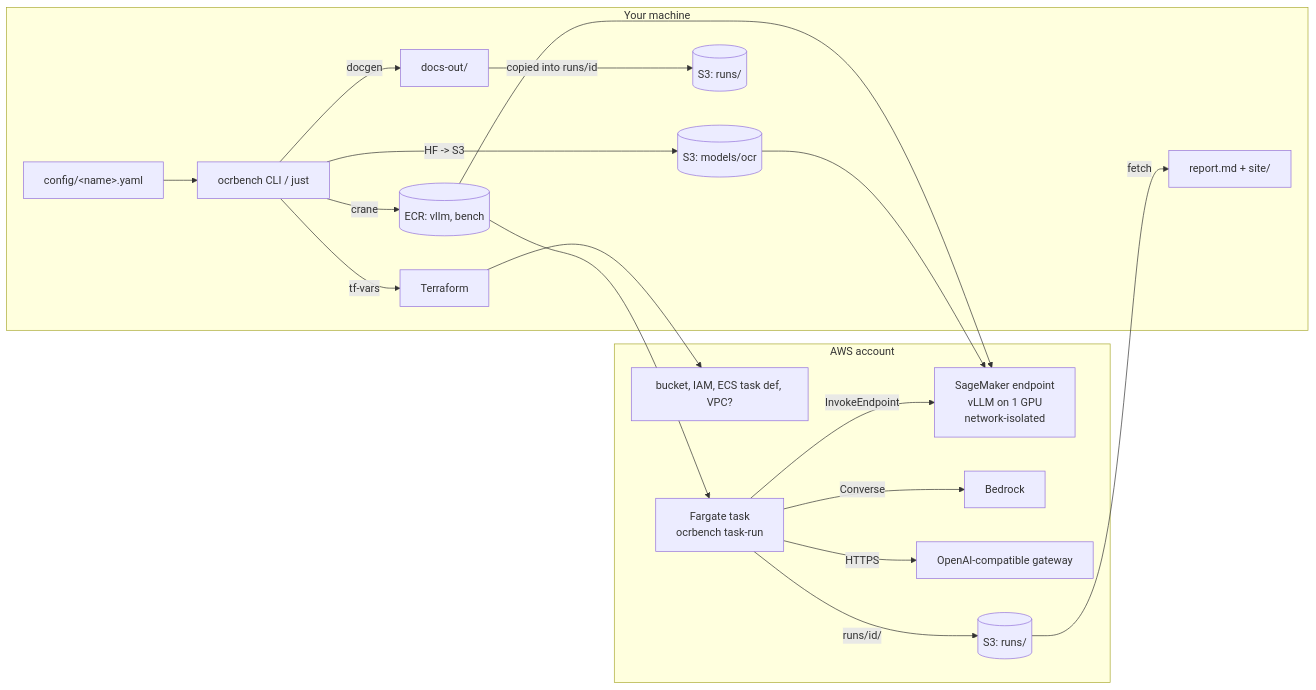
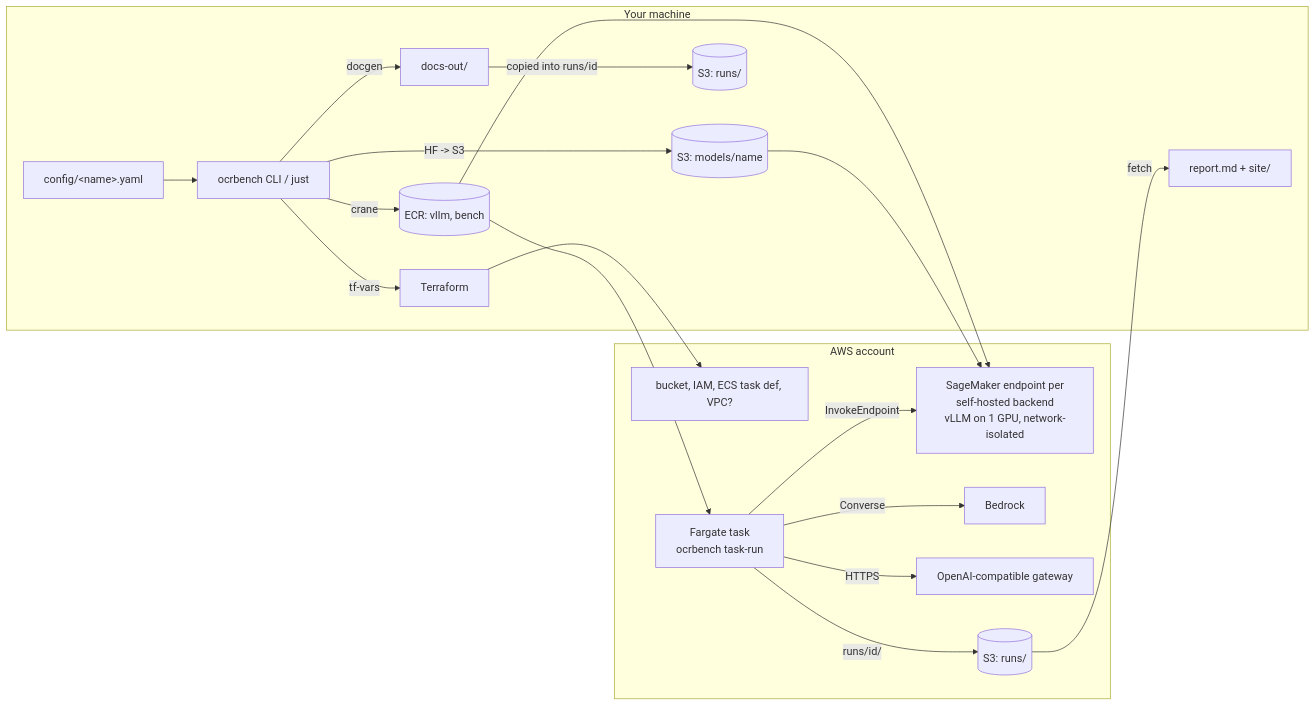
One commit to TheNomet/ocr-bench changed the diagram in docs/architecture.md. Above: the diagram before and after it, drawn with Mermaid. The commit also changed other lines of this file and 1091 other files, not shown here.

First line of the commit message:
refactor!: make self-hosted models ordinary backends

````diff
--- a/docs/architecture.md
+++ b/docs/architecture.md
@@ -3,25 +3,25 @@
 ```mermaid
 flowchart LR
   subgraph laptop[Your machine]
     CFG[config/&lt;name&gt;.yaml] --> CLI[ocrbench CLI / just]
     CLI -->|tf-vars| TF[Terraform]
     CLI -->|crane| IMG[(ECR: vllm, bench)]
-    CLI -->|HF -> S3| W[(S3: models/ocr)]
+    CLI -->|HF -> S3| W[(S3: models/name)]
     CLI -->|docgen| DOCS[docs-out/]
     DOCS -->|copied into runs/id| S3D[(S3: runs/)]
     REP[report.md + site/] 
   end
   subgraph aws[AWS account]
     TF --> INFRA[bucket, IAM, ECS task def, VPC?]
-    EP[SageMaker endpoint\nvLLM on 1 GPU\nnetwork-isolated]
+    EP[SageMaker endpoint per\nself-hosted backend\nvLLM on 1 GPU, network-isolated]
     TASK[Fargate task\nocrbench task-run]
     TASK -->|InvokeEndpoint| EP
     TASK -->|Converse| BR[Bedrock]
     TASK -->|HTTPS| GW[OpenAI-compatible gateway]
     TASK -->|runs/id/| S3R[(S3: runs/)]
   end
   S3R -->|fetch| REP
   W --> EP
   IMG --> EP
   IMG --> TASK
 ```
````
